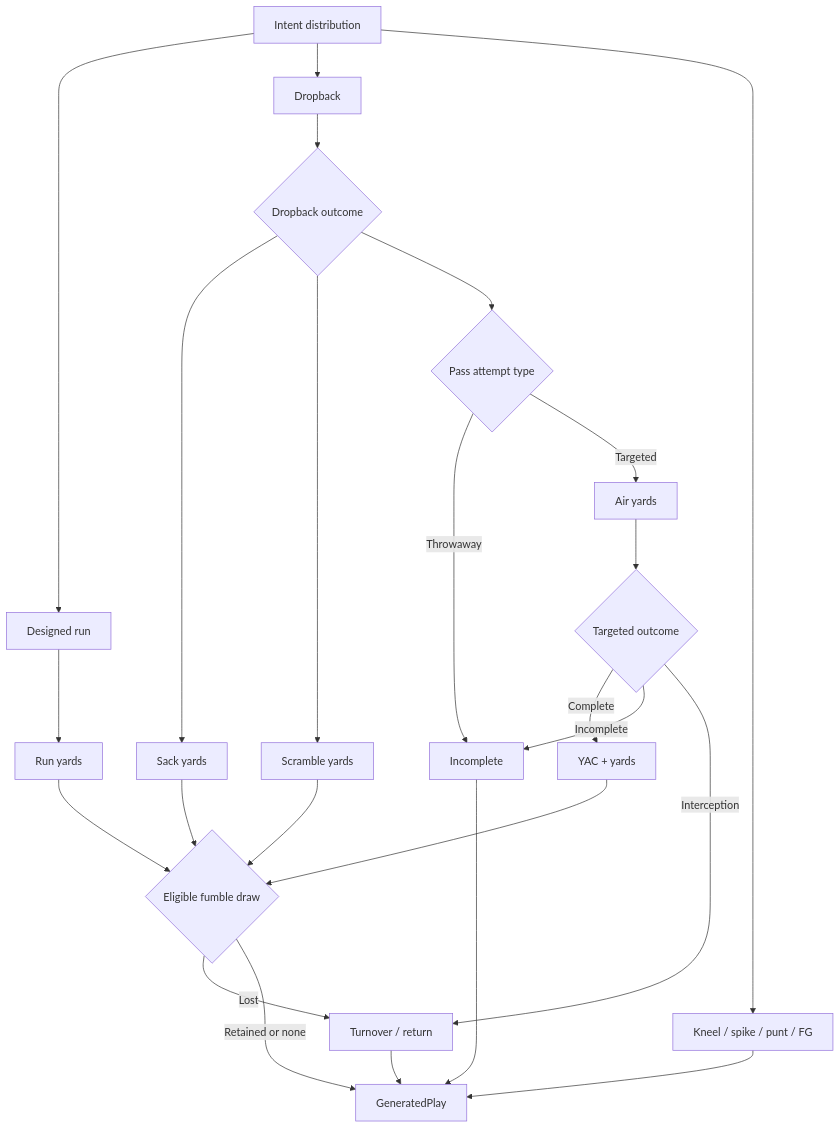
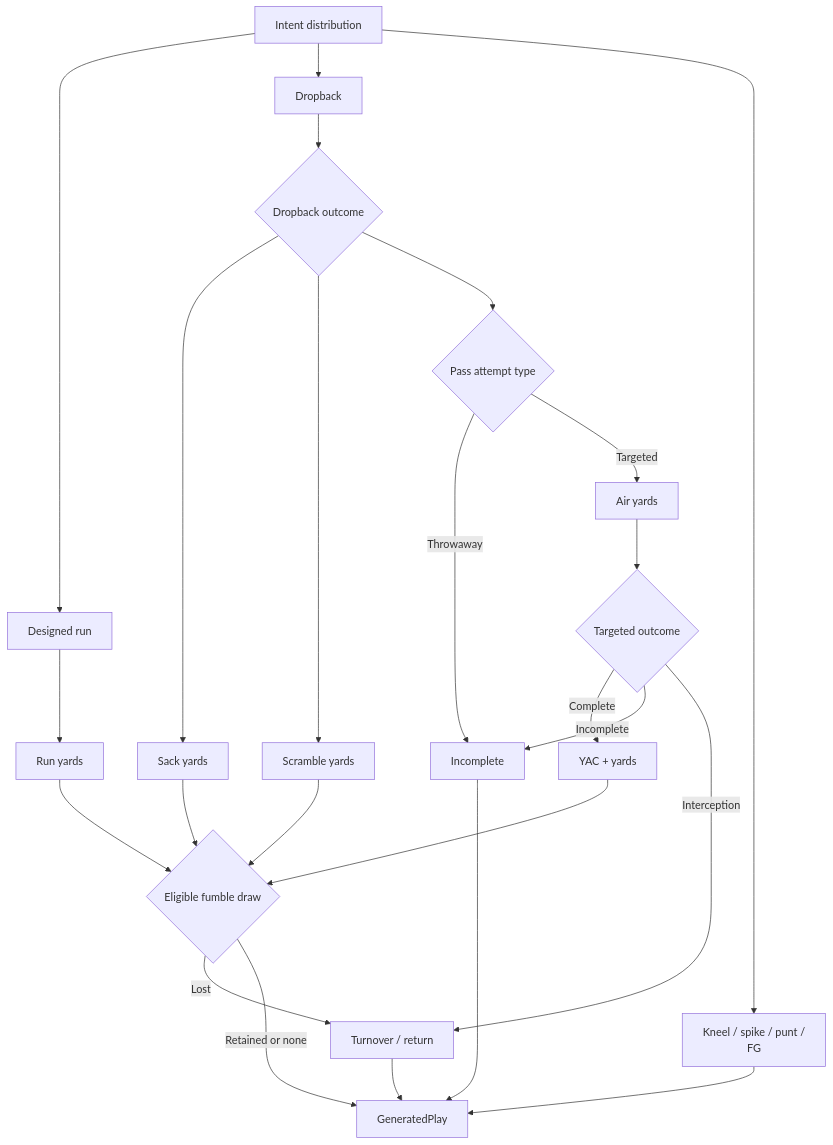
Before and after one commit to micahp/legendarypicks: the second of 3 diagrams in docs/architecture/CEG.md, drawn with Mermaid. The commit also changed other lines of this file and 12 other files, not shown here.

Commit message:
docs: wrap diagram labels and add editable SVG schematics

````diff
--- a/docs/architecture/CEG.md
+++ b/docs/architecture/CEG.md
@@ -100,26 +100,26 @@
 ```mermaid
 flowchart TD
   I["Intent distribution"] --> R["Designed run"]
   I --> P["Dropback"]
-  I --> K["Kneel / spike / punt / FG"]
+  I --> K["Kneel / spike / punt /<br/>FG"]
   R --> Y["Run yards"]
   P --> O{"Dropback outcome"}
   O --> S["Sack yards"]
   O --> Q["Scramble yards"]
   O --> A{"Pass attempt type"}
   A -->|Throwaway| U["Incomplete"]
   A -->|Targeted| T["Air yards"]
   T --> C{"Targeted outcome"}
   C -->|Complete| V["YAC + yards"]
   C -->|Incomplete| U
   C -->|Interception| N["Turnover / return"]
   Y --> F{"Eligible fumble draw"}
   S --> F
   Q --> F
   V --> F
   F -->|Lost| N
   F -->|Retained or none| G["GeneratedPlay"]
   U --> G
   N --> G
   K --> G
 ```
````
